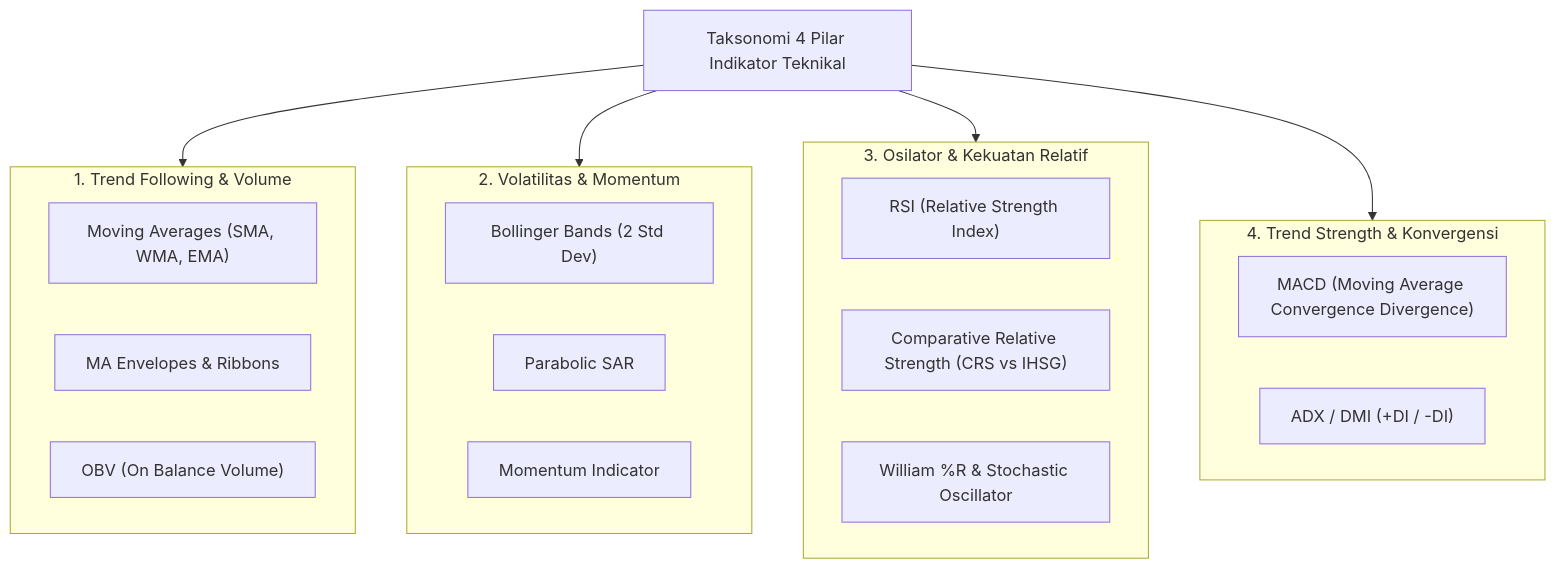
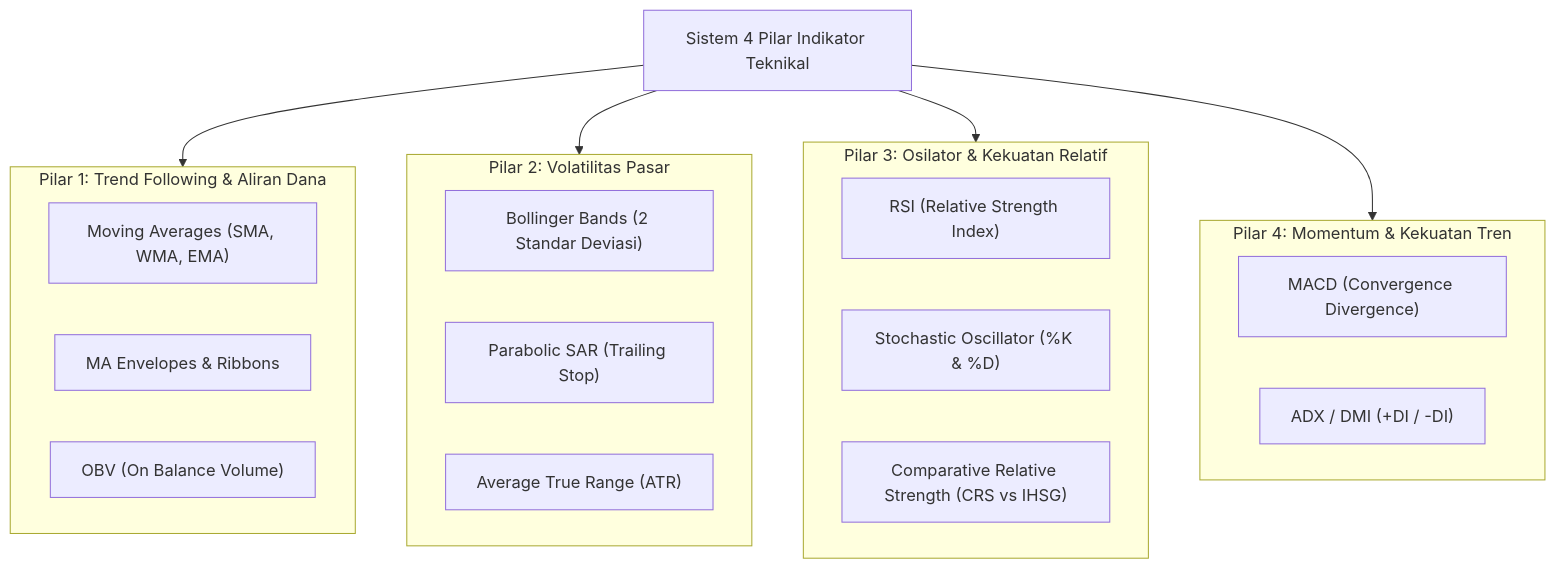
The second of 5 diagrams in docs/edianto-ong/25-technical-indicators.md (AlulCode45/Trading-Learning-Path), drawn with Mermaid before and after one commit. The commit also changed other lines of this file and 29 other files, not shown here.

Commit message:
docs(edianto-ong): upgrade all 29 chapters with beginner analogies, diagrams, step-by-step guides, and case studies

````diff
--- a/docs/edianto-ong/25-technical-indicators.md
+++ b/docs/edianto-ong/25-technical-indicators.md
@@ -12,32 +37,32 @@
 ```mermaid
 flowchart TD
-    Indikator["Taksonomi 4 Pilar Indikator Teknikal"]
+    Indikator["Sistem 4 Pilar Indikator Teknikal"]
     
-    subgraph Pilar1["1. Trend Following & Volume"]
+    subgraph Pilar1["Pilar 1: Trend Following & Aliran Dana"]
         P1A["Moving Averages (SMA, WMA, EMA)"]
         P1B["MA Envelopes & Ribbons"]
         P1C["OBV (On Balance Volume)"]
     end
     
-    subgraph Pilar2["2. Volatilitas & Momentum"]
-        P2A["Bollinger Bands (2 Std Dev)"]
-        P2B["Parabolic SAR"]
-        P2C["Momentum Indicator"]
+    subgraph Pilar2["Pilar 2: Volatilitas Pasar"]
+        P2A["Bollinger Bands (2 Standar Deviasi)"]
+        P2B["Parabolic SAR (Trailing Stop)"]
+        P2C["Average True Range (ATR)"]
     end
     
-    subgraph Pilar3["3. Osilator & Kekuatan Relatif"]
+    subgraph Pilar3["Pilar 3: Osilator & Kekuatan Relatif"]
         P3A["RSI (Relative Strength Index)"]
-        P3B["Comparative Relative Strength (CRS vs IHSG)"]
-        P3C["William %R & Stochastic Oscillator"]
+        P3B["Stochastic Oscillator (%K & %D)"]
+        P3C["Comparative Relative Strength (CRS vs IHSG)"]
     end
     
-    subgraph Pilar4["4. Trend Strength & Konvergensi"]
-        P4A["MACD (Moving Average Convergence Divergence)"]
+    subgraph Pilar4["Pilar 4: Momentum & Kekuatan Tren"]
+        P4A["MACD (Convergence Divergence)"]
         P4B["ADX / DMI (+DI / -DI)"]
     end
 
     Indikator --> Pilar1
     Indikator --> Pilar2
     Indikator --> Pilar3
     Indikator --> Pilar4
 ```
````
